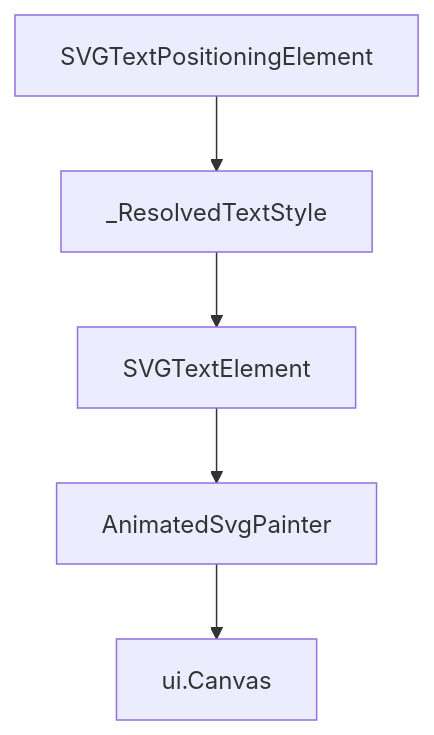
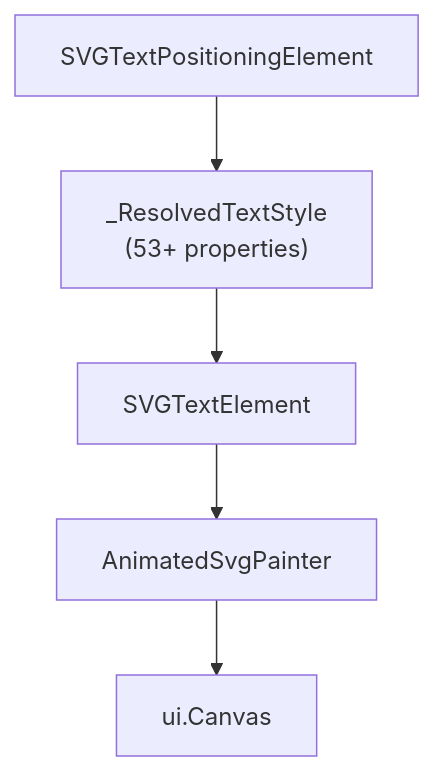
The fifth of 5 diagrams in .qoder/repowiki/en/content/Animated SVG Support/Text Positioning Attributes.md (denisnadey/flutter_full_svg_support), drawn with Mermaid before and after one commit. The commit also changed other lines of this file and 5 other files, not shown here.

First line of the commit message:
feat(animation): enhance text styling with 53 advanced CSS properties

````diff
--- a/.qoder/repowiki/en/content/Animated SVG Support/Text Positioning Attributes.md
+++ b/.qoder/repowiki/en/content/Animated SVG Support/Text Positioning Attributes.md
@@ -332,7 +433,7 @@
 ```mermaid
 graph TB
-SVGTextPositioningElement["SVGTextPositioningElement"] --> CSSResolver["_ResolvedTextStyle"]
+SVGTextPositioningElement["SVGTextPositioningElement"] --> CSSResolver["_ResolvedTextStyle<br/>(53+ properties)"]
 CSSResolver --> SVGTextElement["SVGTextElement"]
 SVGTextElement --> AnimatedSvgPainter["AnimatedSvgPainter"]
 AnimatedSvgPainter --> Canvas["ui.Canvas"]
 ```
````
